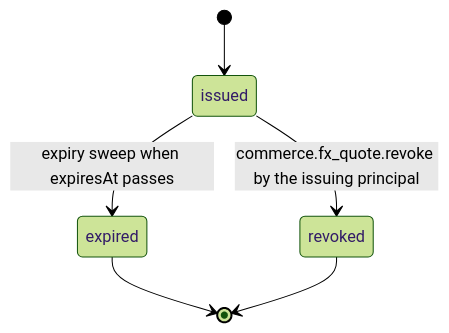
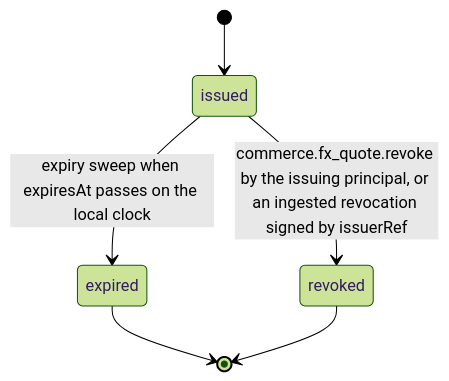
The diagram in 09_Commerce/03_valuation/mod_rates/workflow_state_machine.md (djshellshoxxx/CLASSifiedisRUPTed), drawn with Mermaid (forest theme) before and after one commit. The commit also changed other lines of this file and 202 other files, not shown here.

````diff
--- a/09_Commerce/03_valuation/mod_rates/workflow_state_machine.md
+++ b/09_Commerce/03_valuation/mod_rates/workflow_state_machine.md
@@ -24,8 +25,8 @@
 ```mermaid
 stateDiagram-v2
   [*] --> issued
-  issued --> expired: expiry sweep when expiresAt passes
-  issued --> revoked: commerce.fx_quote.revoke by the issuing principal
+  issued --> expired: expiry sweep when expiresAt passes on the local clock
+  issued --> revoked: commerce.fx_quote.revoke by the issuing principal, or an ingested revocation signed by issuerRef
   expired --> [*]
   revoked --> [*]
 ```
````
